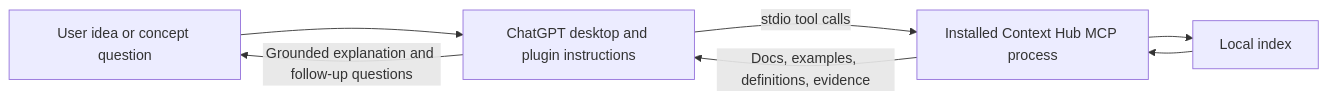
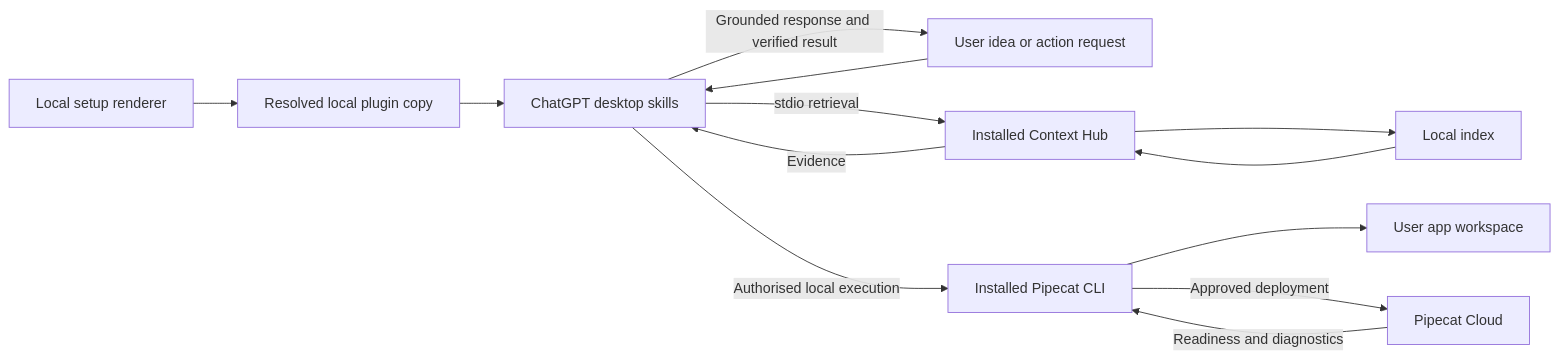
Before and after one commit to pipecat-ai/pipecat-context-hub: the first of 2 diagrams in docs/dev_plans/20261002-feature-chatgpt-local-plugin.md, drawn with Mermaid. The commit also changed other lines of this file and 1 other file, not shown here.

Commit message:
docs: expand Pipecat plugin plan to build and deploy workflows

````diff
--- a/docs/dev_plans/20261002-feature-chatgpt-local-plugin.md
+++ b/docs/dev_plans/20261002-feature-chatgpt-local-plugin.md
@@ -36,9 +104,15 @@
 ```mermaid
 graph LR
-  U[User idea or concept question] --> C[ChatGPT desktop and plugin instructions]
-  C -->|stdio tool calls| H[Installed Context Hub MCP process]
+  S[Local setup renderer] --> P[Resolved local plugin copy]
+  P --> C[ChatGPT desktop skills]
+  U[User idea or action request] --> C
+  C -->|stdio retrieval| H[Installed Context Hub]
   H --> I[Local index]
   I --> H
-  H -->|Docs, examples, definitions, evidence| C
-  C -->|Grounded explanation and follow-up questions| U
+  H -->|Evidence| C
+  C -->|Authorised local execution| L[Installed Pipecat CLI]
+  L --> A[User app workspace]
+  L -->|Approved deployment| K[Pipecat Cloud]
+  K -->|Readiness and diagnostics| L
+  C -->|Grounded response and verified result| U
 ```
````
